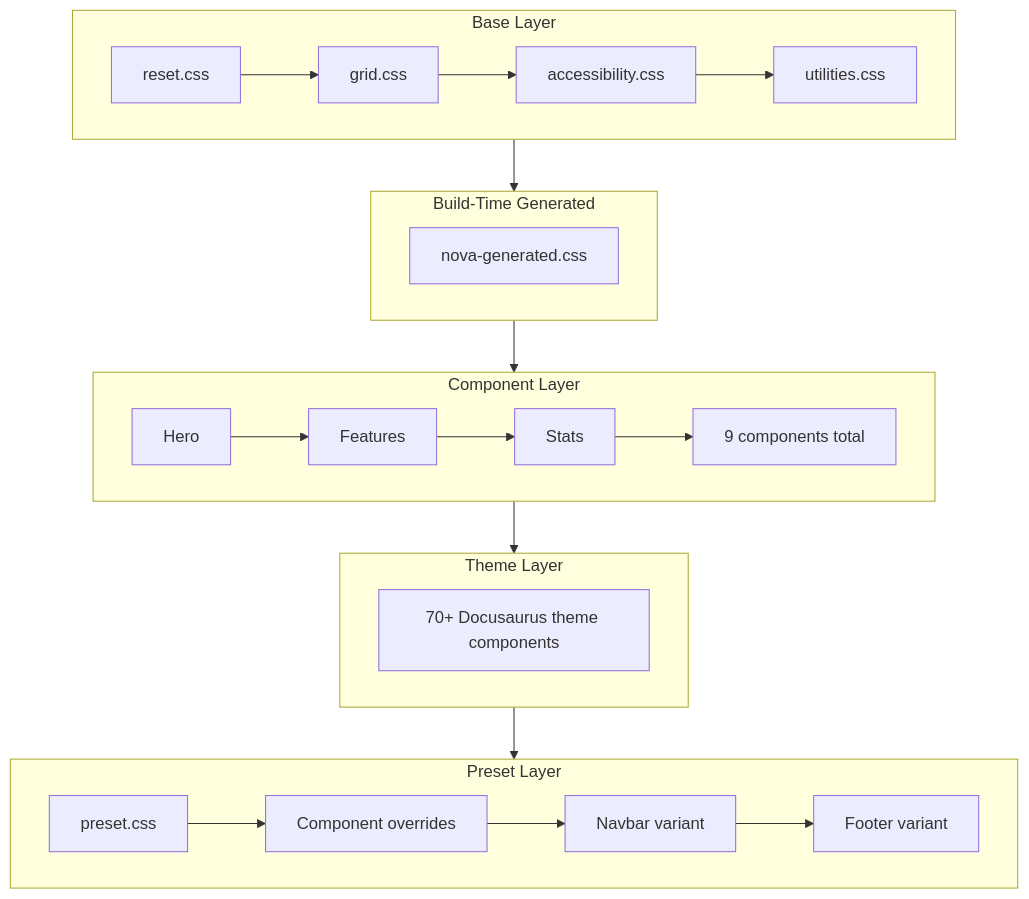
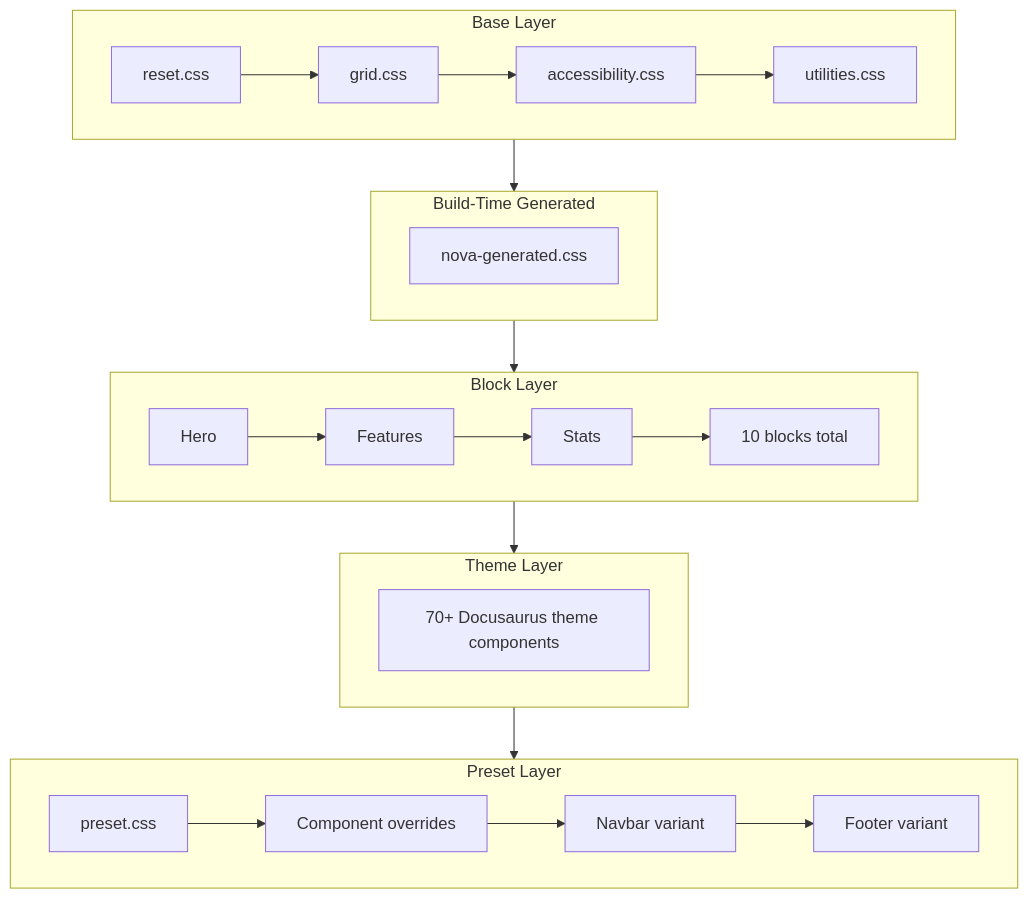
The diagram in apps/docs/docs/facades/docusaurus-preset/systems/css-architecture.mdx (cbnventures/nova), drawn with Mermaid before and after one commit. The commit also changed other lines of this file and 2451 other files, not shown here.

Commit message:
Lantern + Marshal presets, blocks/swizzle expansion, search + navbar rework, mermaid identity, and i18n

````diff
--- a/apps/docs/docs/facades/docusaurus-preset/systems/css-architecture.mdx
+++ b/apps/docs/docs/facades/docusaurus-preset/systems/css-architecture.mdx
@@ -83,27 +84,27 @@
 ```mermaid
 flowchart TD
     subgraph Base["Base Layer"]
         direction LR
         R[reset.css] --> G[grid.css] --> AC[accessibility.css] --> U[utilities.css]
     end
 
     subgraph Generated["Build-Time Generated"]
         GEN[nova-generated.css]
     end
 
-    subgraph Component["Component Layer"]
+    subgraph Block["Block Layer"]
         direction LR
-        C1[Hero] --> C2[Features] --> C3[Stats] --> C4[9 components total]
+        C1[Hero] --> C2[Features] --> C3[Stats] --> C4[10 blocks total]
     end
 
     subgraph Theme["Theme Layer"]
         TH[70+ Docusaurus theme components]
     end
 
     subgraph Preset["Preset Layer"]
         direction LR
         PI[preset.css] --> PO[Component overrides] --> NV[Navbar variant] --> FT[Footer variant]
     end
 
-    Base --> Generated --> Component --> Theme --> Preset
+    Base --> Generated --> Block --> Theme --> Preset
 ```
````
